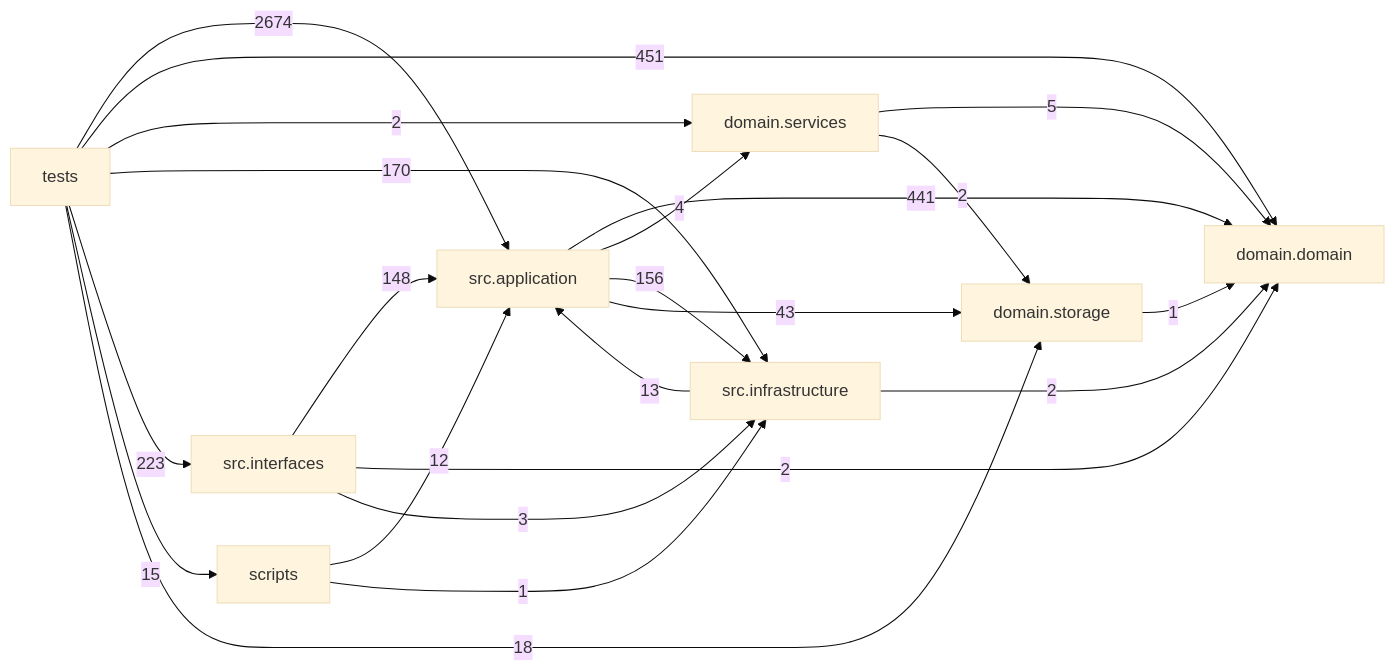
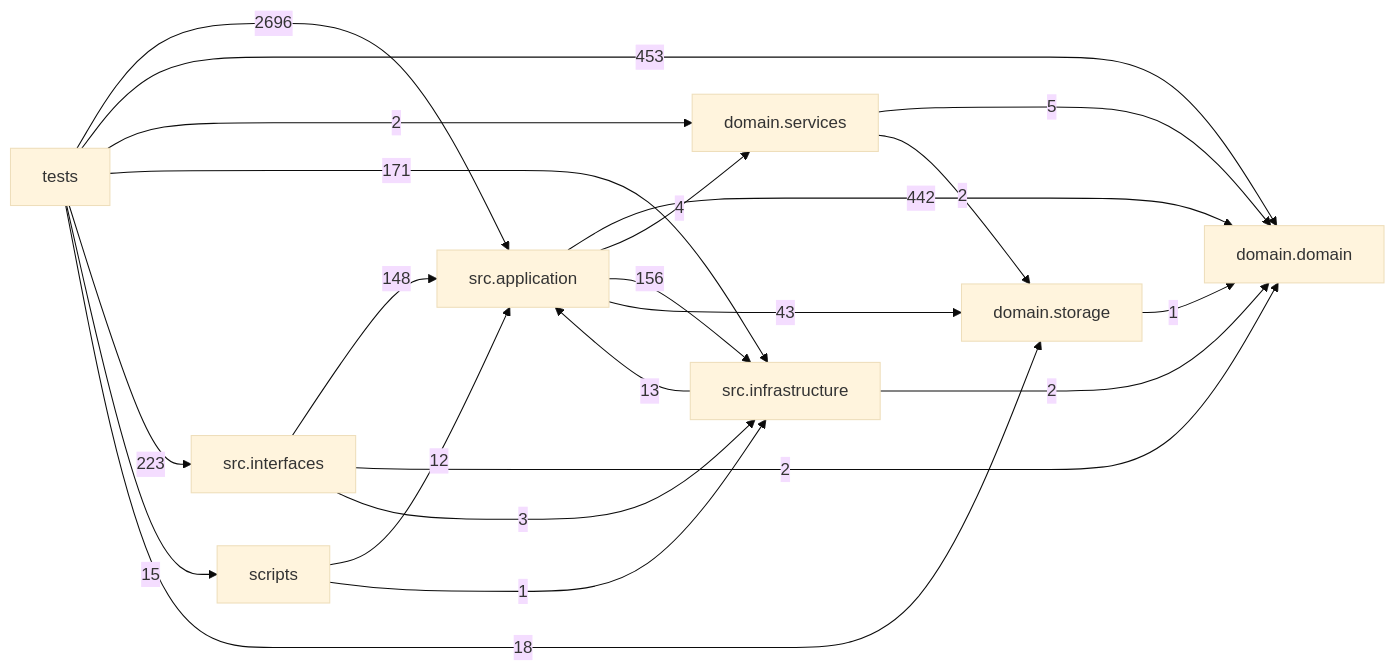
The diagram in docs/DEPENDENCY_GRAPH.md (liuxie066/options-monitor), drawn with Mermaid (base theme) before and after one commit. The commit also changed other lines of this file and 1 other file, not shown here.

Commit message:
docs(graph): refresh dependency graph

````diff
--- a/docs/DEPENDENCY_GRAPH.md
+++ b/docs/DEPENDENCY_GRAPH.md
@@ -24,32 +24,32 @@
 ```mermaid
 flowchart LR
   tests["tests"]
   scripts["scripts"]
   interfaces["src.interfaces"]
   application["src.application"]
   infrastructure["src.infrastructure"]
   domain_services["domain.services"]
   domain["domain.domain"]
   storage["domain.storage"]
-  application -->|441| domain
+  application -->|442| domain
   application -->|4| domain_services
   application -->|156| infrastructure
   application -->|43| storage
   domain_services -->|5| domain
   domain_services -->|2| storage
   infrastructure -->|13| application
   infrastructure -->|2| domain
   interfaces -->|148| application
   interfaces -->|2| domain
   interfaces -->|3| infrastructure
   scripts -->|12| application
   scripts -->|1| infrastructure
   storage -->|1| domain
-  tests -->|2674| application
-  tests -->|451| domain
+  tests -->|2696| application
+  tests -->|453| domain
   tests -->|2| domain_services
-  tests -->|170| infrastructure
+  tests -->|171| infrastructure
   tests -->|223| interfaces
   tests -->|15| scripts
   tests -->|18| storage
 ```
````
